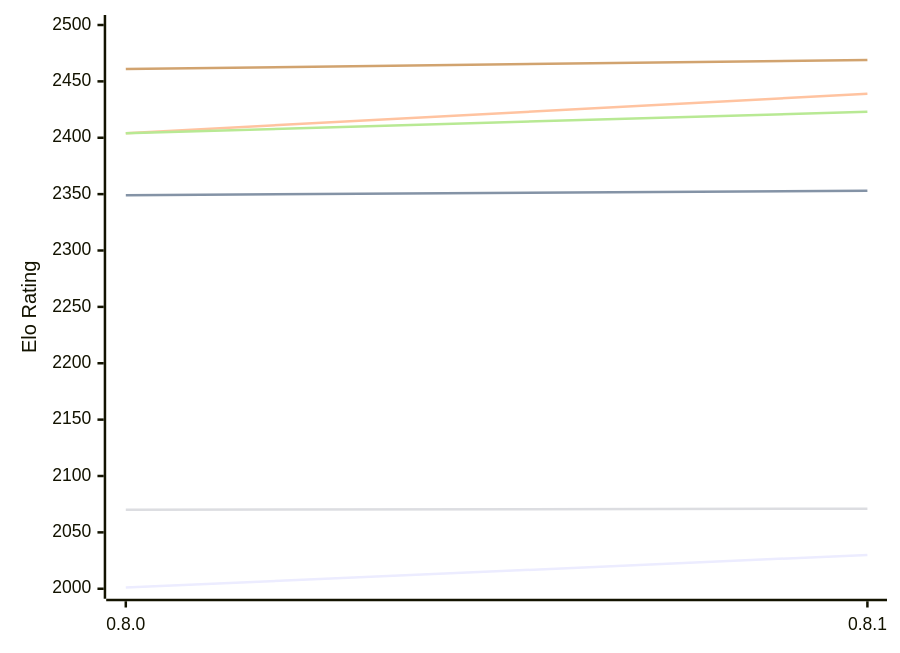
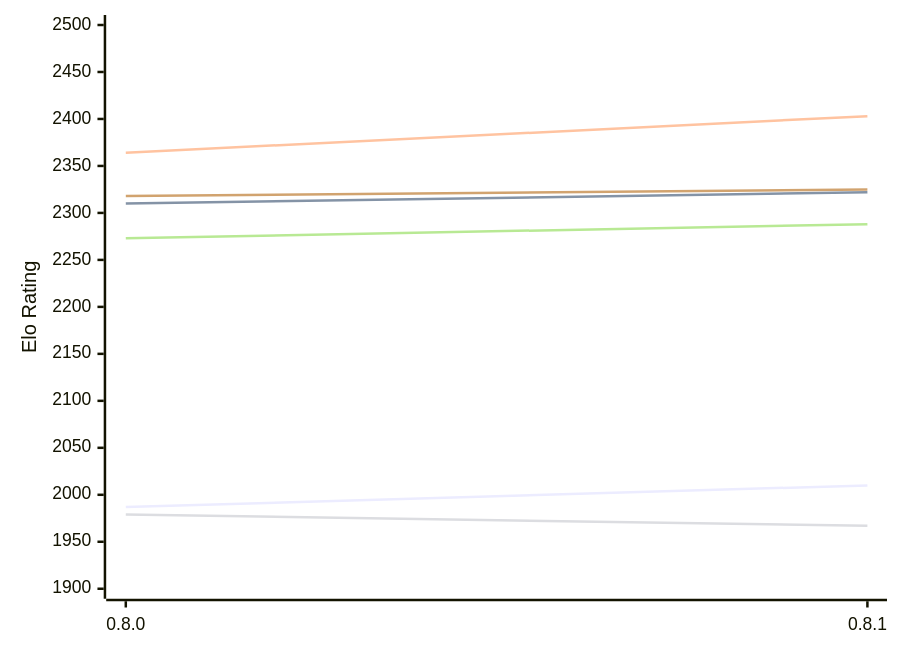
Before and after one commit to computer-chess-index/cci: the diagram in engines/LittleWing.md, drawn with Mermaid. The commit also changed other lines of this file, not shown here.

Commit message:
Update CCI Ratings (ELO VLTC) - 2026-11-13

````diff
--- a/engines/LittleWing.md
+++ b/engines/LittleWing.md
@@ -49,12 +49,12 @@
 ```mermaid
 %%{init: {"theme":"base","themeVariables":{"seriesColors:['#a3a3a3','#222221','#faa371']}}}%%
 xychart-beta
   x-axis ["0.8.0", "0.8.1"]
-  y-axis "Elo Rating" 2000 --> 2500
-  line "E1: STC (8.0+0.08s)" [2001, 2030]
-  line "E1: LTC (60.0+0.60s)" [2349, 2353]
-  line "E1: VLTC (2m24s+1.12s)" [2404, 2439]
-  line "P1: STC (8.0+0.08s)" [2070, 2071]
-  line "P1: LTC (60.0+0.60s)" [2404, 2423]
-  line "P1: VLTC (2m24s+1.12s)" [2461, 2469]
+  y-axis "Elo Rating" 1900 --> 2500
+  line "E1: STC (8.0+0.08s)" [1987, 2010]
+  line "E1: LTC (60.0+0.60s)" [2310, 2322]
+  line "E1: VLTC (2m24s+1.12s)" [2364, 2403]
+  line "P1: STC (8.0+0.08s)" [1979, 1967]
+  line "P1: LTC (60.0+0.60s)" [2273, 2288]
+  line "P1: VLTC (2m24s+1.12s)" [2318, 2325]
 ```
````
